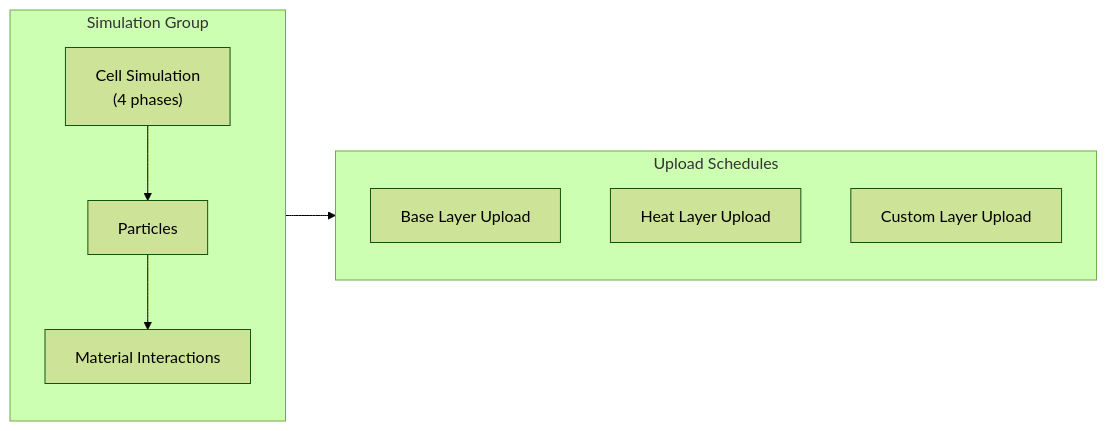
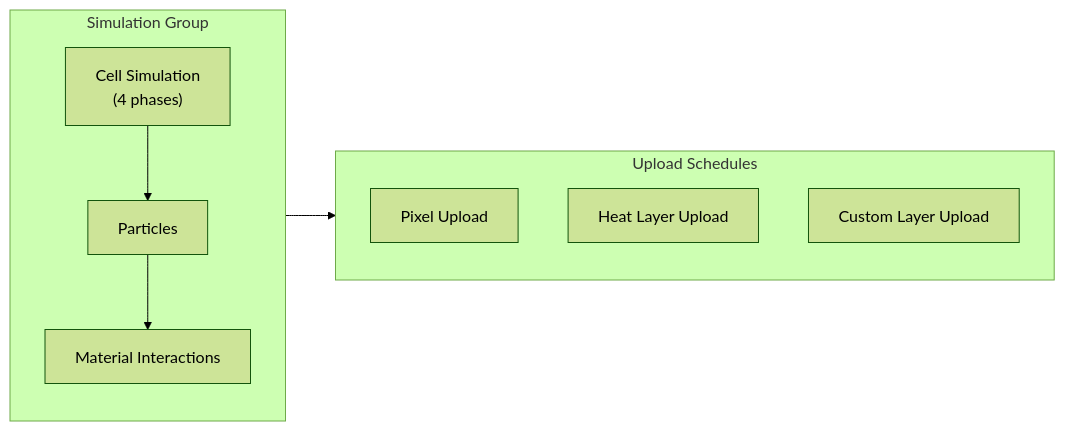
One commit to api-haus/bevy_pixel_world changed the fifth of 5 diagrams in docs/arhitecture/modularity/pixel-layers.md. Above: the diagram before and after it, drawn with Mermaid (forest theme). The commit also changed other lines of this file and 6 other files, not shown here.

````diff
--- a/docs/arhitecture/modularity/pixel-layers.md
+++ b/docs/arhitecture/modularity/pixel-layers.md
@@ -423,17 +403,17 @@
 ```mermaid
 flowchart LR
     subgraph SimGroup["Simulation Group"]
         CA["Cell Simulation<br/>(4 phases)"]
         P["Particles"]
         MI["Material Interactions"]
         CA --> P --> MI
     end
 
     subgraph Upload["Upload Schedules"]
-        U1["Base Layer Upload"]
+        U1["Pixel Upload"]
         U2["Heat Layer Upload"]
         U3["Custom Layer Upload"]
     end
 
     SimGroup --> Upload
 ```
````
